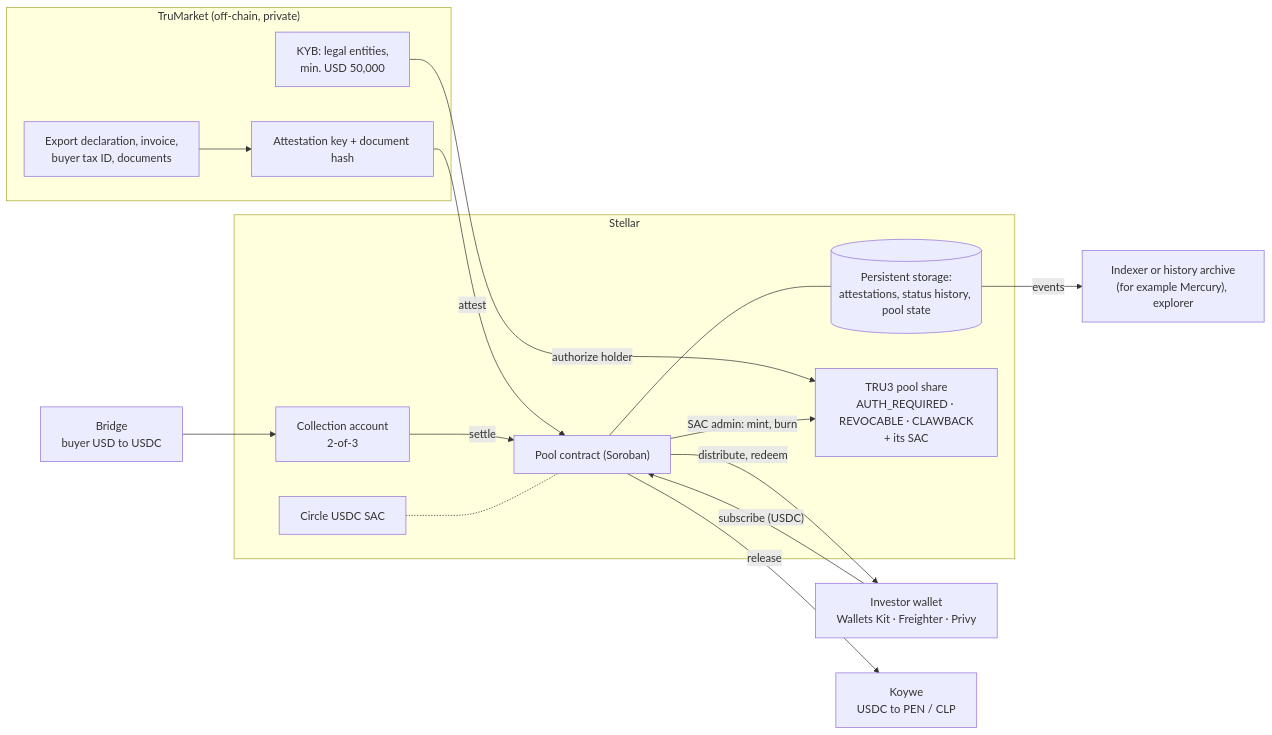
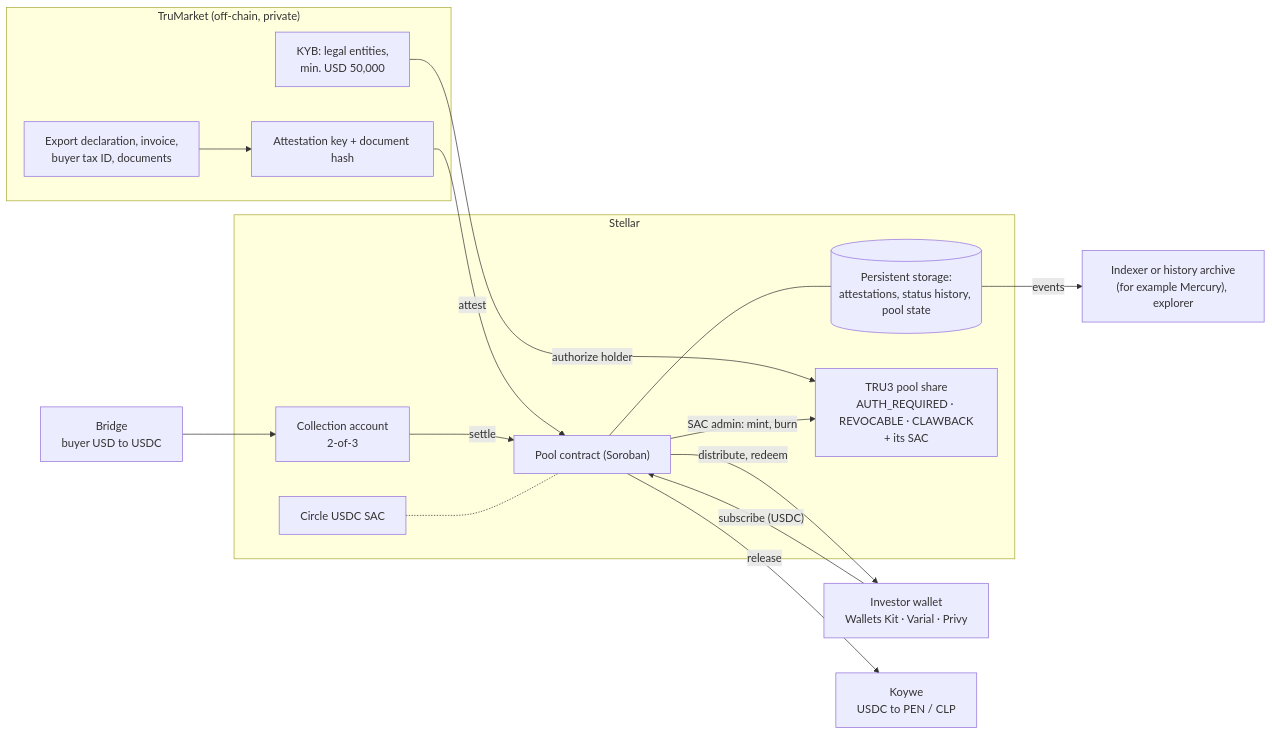
The diagram in docs/figures/system.mmd (AgroSmart-Contracts/Proof-Of-Trading), drawn with Mermaid before and after one commit. The commit also changed 10 other files, not shown here.

Commit message:
docs: Varial (formerly Freighter) via @stellar/varial-sdk with freighter-api fallback; ACCOUNT_HOLDER and SPV env settings

```diff
--- a/docs/figures/system.mmd
+++ b/docs/figures/system.mmd
@@ -1,31 +1,31 @@
 %% System overview: the pilot pool on Stellar (design for Tranche 1; the testnet record is the v0.2 prototype)
 flowchart LR
   subgraph TM["TruMarket (off-chain, private)"]
     DOC["Export declaration, invoice,<br/>buyer tax ID, documents"] --> KEY["Attestation key + document hash"]
     KYB["KYB: legal entities,<br/>min. USD 50,000"]
   end
 
   subgraph ST["Stellar"]
     PC["Pool contract (Soroban)"]
     RS[("Persistent storage:<br/>attestations, status history, pool state")]
     SH["TRU3 pool share<br/>AUTH_REQUIRED · REVOCABLE · CLAWBACK<br/>+ its SAC"]
     USDC["Circle USDC SAC"]
     COL["Collection account<br/>2-of-3"]
   end
 
-  INV["Investor wallet<br/>Wallets Kit · Freighter · Privy"]
+  INV["Investor wallet<br/>Wallets Kit · Varial · Privy"]
   BR["Bridge<br/>buyer USD to USDC"]
   KOY["Koywe<br/>USDC to PEN / CLP"]
   VER["Indexer or history archive<br/>(for example Mercury), explorer"]
 
   KEY -- "attest" --> PC
   PC --- RS
   KYB -- "authorize holder" --> SH
   PC -- "SAC admin: mint, burn" --> SH
   INV -- "subscribe (USDC)" --> PC
   PC -- "release" --> KOY
   BR --> COL
   COL -- "settle" --> PC
   PC -- "distribute, redeem" --> INV
   USDC -.- PC
   RS -- "events" --> VER
```
